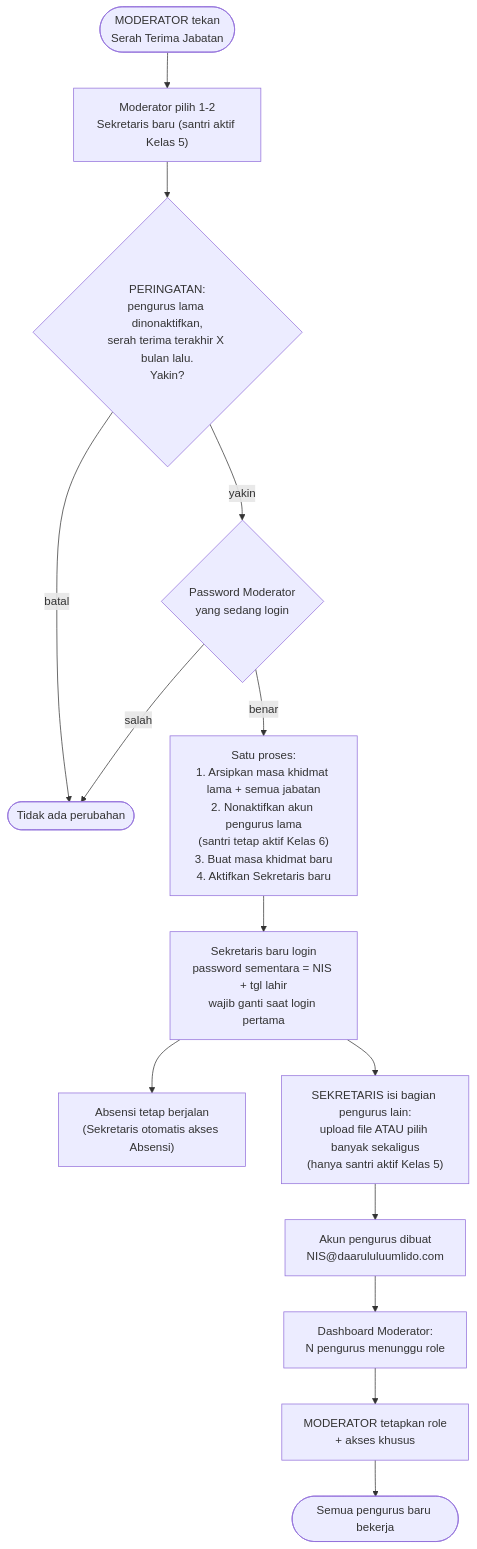
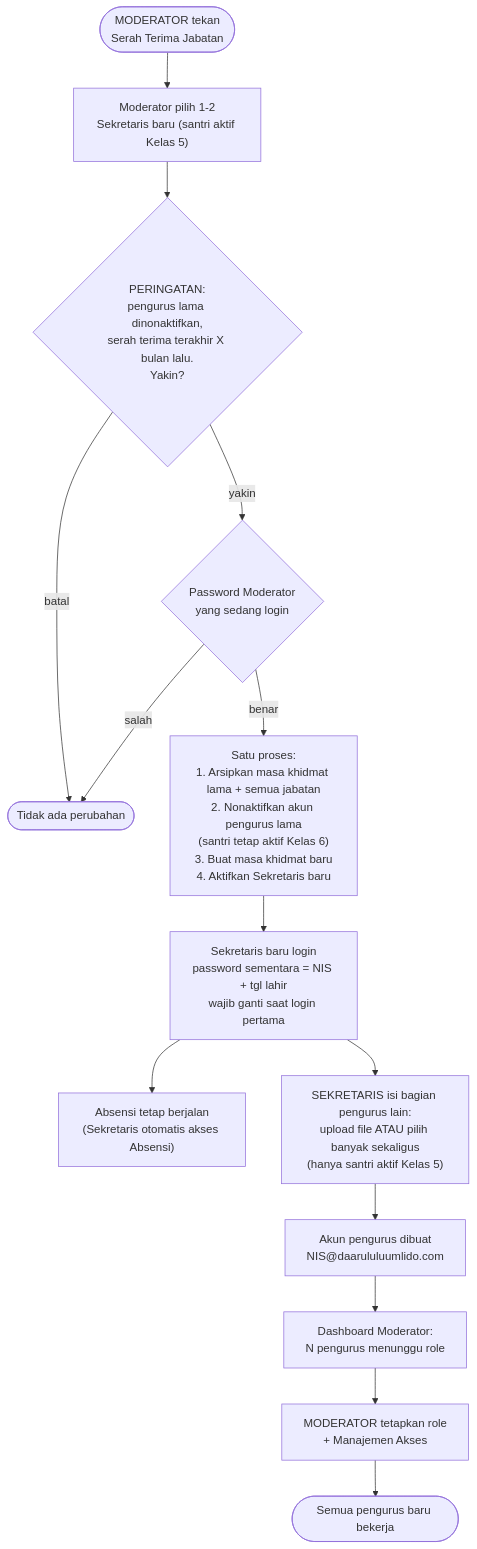
The fifth of 6 diagrams in README.md (SiJao/ProjectJao), drawn with Mermaid before and after one commit. The commit also changed other lines of this file, not shown here.

First line of the commit message:
README: Manajemen Akses (hanya Moderator) dan info ke wali per kejadian

````diff
--- a/README.md
+++ b/README.md
@@ -600,16 +604,16 @@
 ```mermaid
 flowchart TD
     Start(["MODERATOR tekan<br/>Serah Terima Jabatan"]) --> Tunjuk["Moderator pilih 1-2<br/>Sekretaris baru (santri aktif Kelas 5)"]
     Tunjuk --> Peringatan{"PERINGATAN:<br/>pengurus lama dinonaktifkan,<br/>serah terima terakhir X bulan lalu.<br/>Yakin?"}
     Peringatan -- "batal" --> Batal(["Tidak ada perubahan"])
     Peringatan -- "yakin" --> Password{"Password Moderator<br/>yang sedang login"}
     Password -- "salah" --> Batal
     Password -- "benar" --> Proses["Satu proses:<br/>1. Arsipkan masa khidmat lama + semua jabatan<br/>2. Nonaktifkan akun pengurus lama<br/>(santri tetap aktif Kelas 6)<br/>3. Buat masa khidmat baru<br/>4. Aktifkan Sekretaris baru"]
     Proses --> Login1["Sekretaris baru login<br/>password sementara = NIS + tgl lahir<br/>wajib ganti saat login pertama"]
     Login1 --> Absensi["Absensi tetap berjalan<br/>(Sekretaris otomatis akses Absensi)"]
     Login1 --> Bagian["SEKRETARIS isi bagian pengurus lain:<br/>upload file ATAU pilih banyak sekaligus<br/>(hanya santri aktif Kelas 5)"]
     Bagian --> Akun["Akun pengurus dibuat<br/>NIS@daarululuumlido.com"]
     Akun --> Badge["Dashboard Moderator:<br/>N pengurus menunggu role"]
-    Badge --> Role["MODERATOR tetapkan role<br/>+ akses khusus"]
+    Badge --> Role["MODERATOR tetapkan role<br/>+ Manajemen Akses"]
     Role --> Aktif(["Semua pengurus baru bekerja"])
 ```
````
